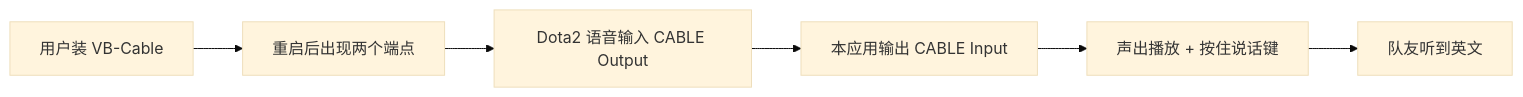
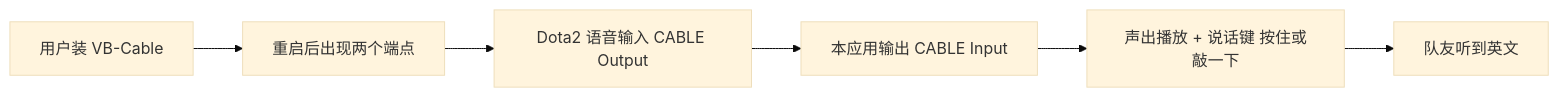
Before and after one commit to mystery4f/oh-my-dota2: the diagram in docs/adr/voice-out-vb-cable.md, drawn with Mermaid (base theme). The commit also changed other lines of this file and 27 other files, not shown here.

````diff
--- a/docs/adr/voice-out-vb-cable.md
+++ b/docs/adr/voice-out-vb-cable.md
@@ -90,8 +99,8 @@
 ```mermaid
 graph LR
   A[用户装 VB-Cable] --> B[重启后出现两个端点]
   B --> C[Dota2 语音输入 CABLE Output]
   C --> D[本应用输出 CABLE Input]
-  D --> E[声出播放 + 按住说话键]
+  D --> E[声出播放 + 说话键 按住或敲一下]
   E --> F[队友听到英文]
 ```
````
